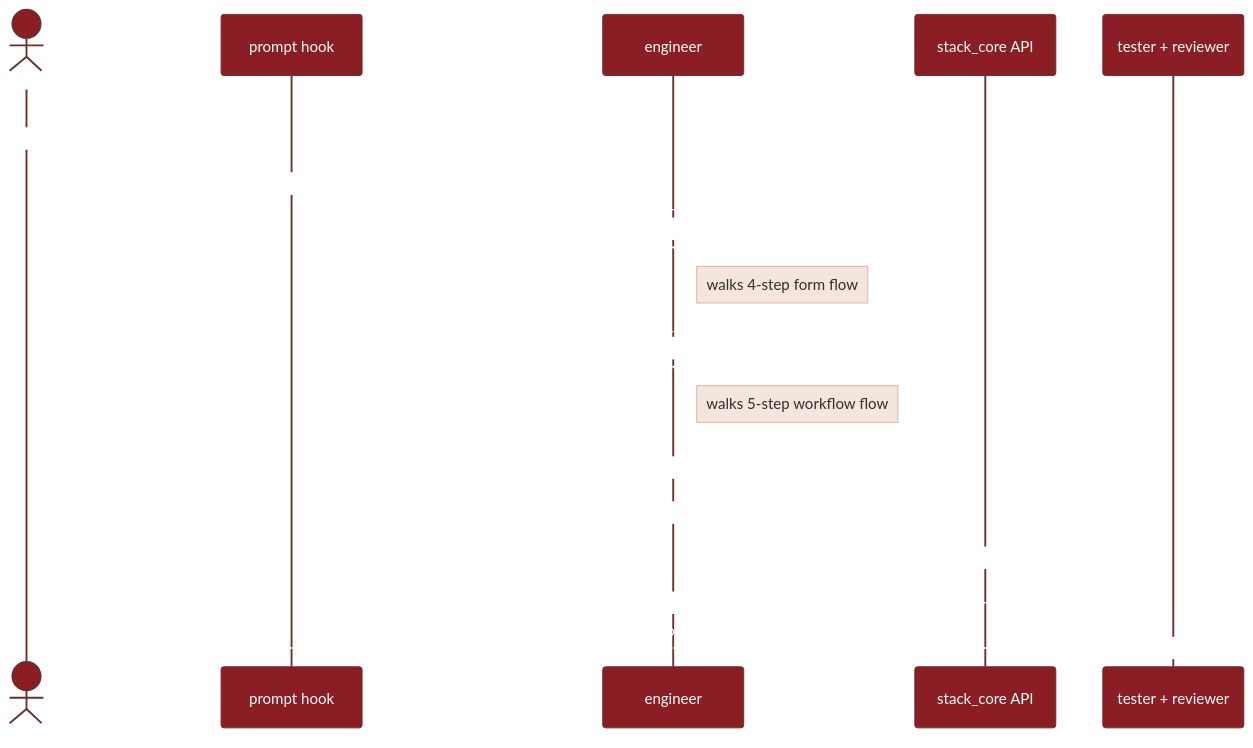
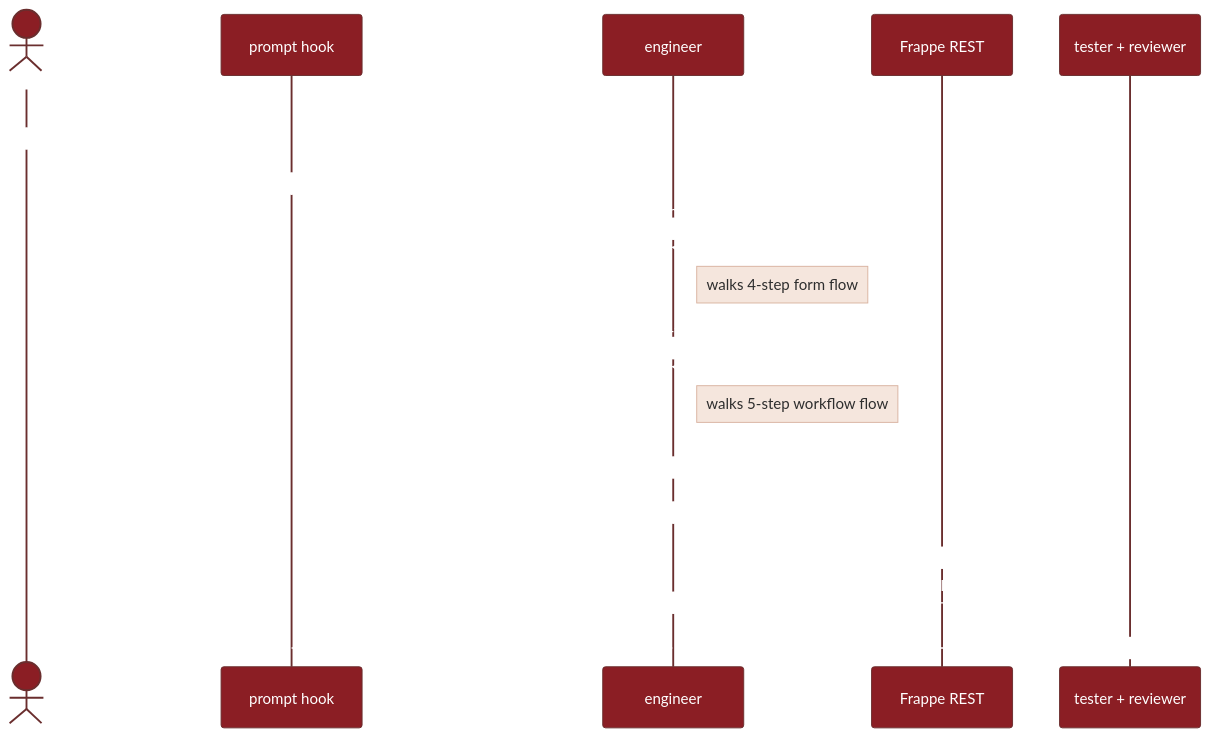
The diagram in docs/skills.md (dhwani-ris/frappe-stack), drawn with Mermaid before and after one commit. The commit also changed 17 other files, not shown here.

First line of the commit message:
refactor(skills+catalogs+hooks): reframe stack_core references to plugin-only

````diff
--- a/docs/skills.md
+++ b/docs/skills.md
@@ -53,40 +53,40 @@
 ```mermaid
 %%{init: {
   'theme': 'base',
   'themeVariables': {
     'primaryColor': '#8B1E24',
     'primaryTextColor': '#ffffff',
     'primaryBorderColor': '#6A2E2E',
     'lineColor': '#9E2A2F',
     'secondaryColor': '#F5E6DD',
     'actorBkg': '#8B1E24',
     'actorTextColor': '#ffffff',
     'actorLineColor': '#6A2E2E',
     'noteBkgColor': '#F5E6DD',
     'noteTextColor': '#2E2E2E',
     'noteBorderColor': '#D9B3A0',
     'sequenceNumberColor': '#ffffff',
     'fontFamily': 'Inter, system-ui, sans-serif',
     'fontSize': '14px'
   }
 }}%%
 sequenceDiagram
     autonumber
     actor PM
     participant Hook as prompt hook
     participant Eng as engineer
-    participant API as stack_core API
+    participant API as Frappe REST
     participant Auto as tester + reviewer
 
     PM->>Hook: build a beneficiary registration<br>with three approval levels
     Hook->>Eng: suggest /frappe-stack:build doctype + workflow
     Eng->>Eng: load designing-forms skill
     Note right of Eng: walks 4-step form flow
     Eng->>Eng: load modeling-workflows skill
     Note right of Eng: walks 5-step workflow flow
-    Eng->>API: stack_core.api.doctype_builder.build
-    Eng->>API: stack_core.api.workflow_builder.build
-    API-->>Eng: both audited and Applied
+    Eng->>API: POST /api/resource/DocType
+    Eng->>API: POST /api/resource/Workflow
+    API-->>Eng: both 201 Created
     Eng->>Auto: spawn in parallel
     Auto-->>PM: ready to /pull or /promote
 ```
````
